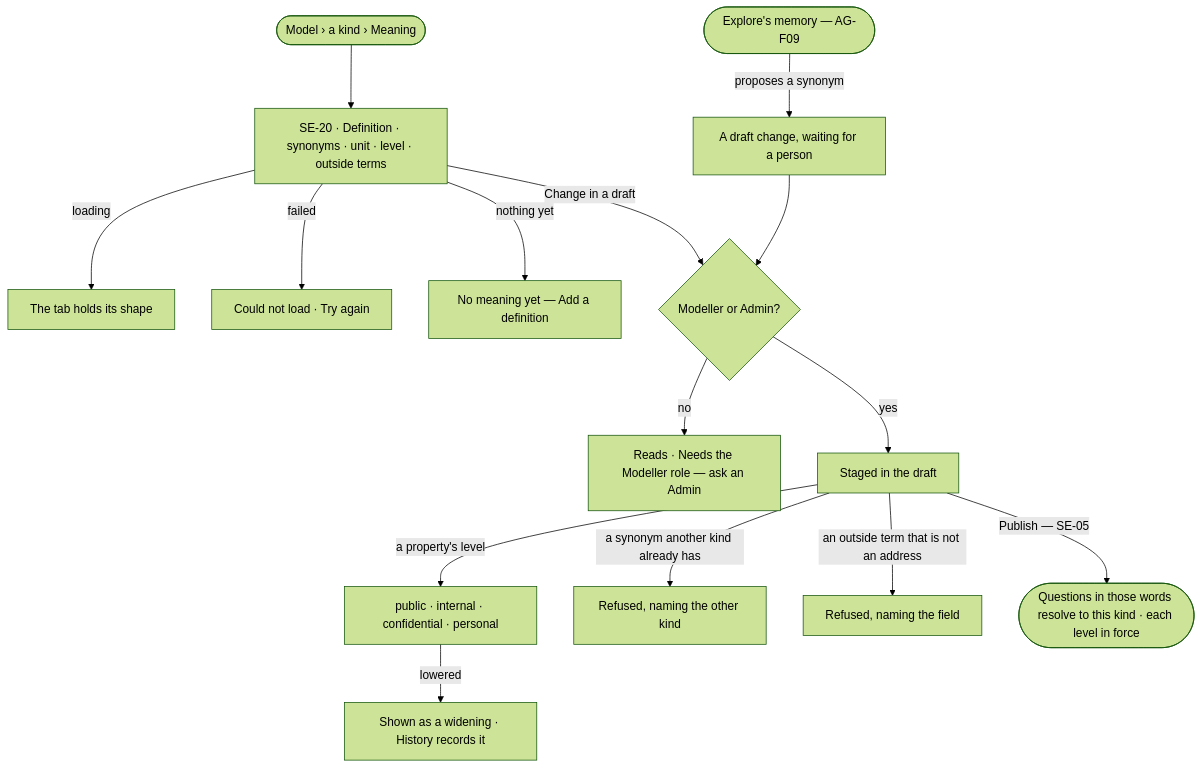
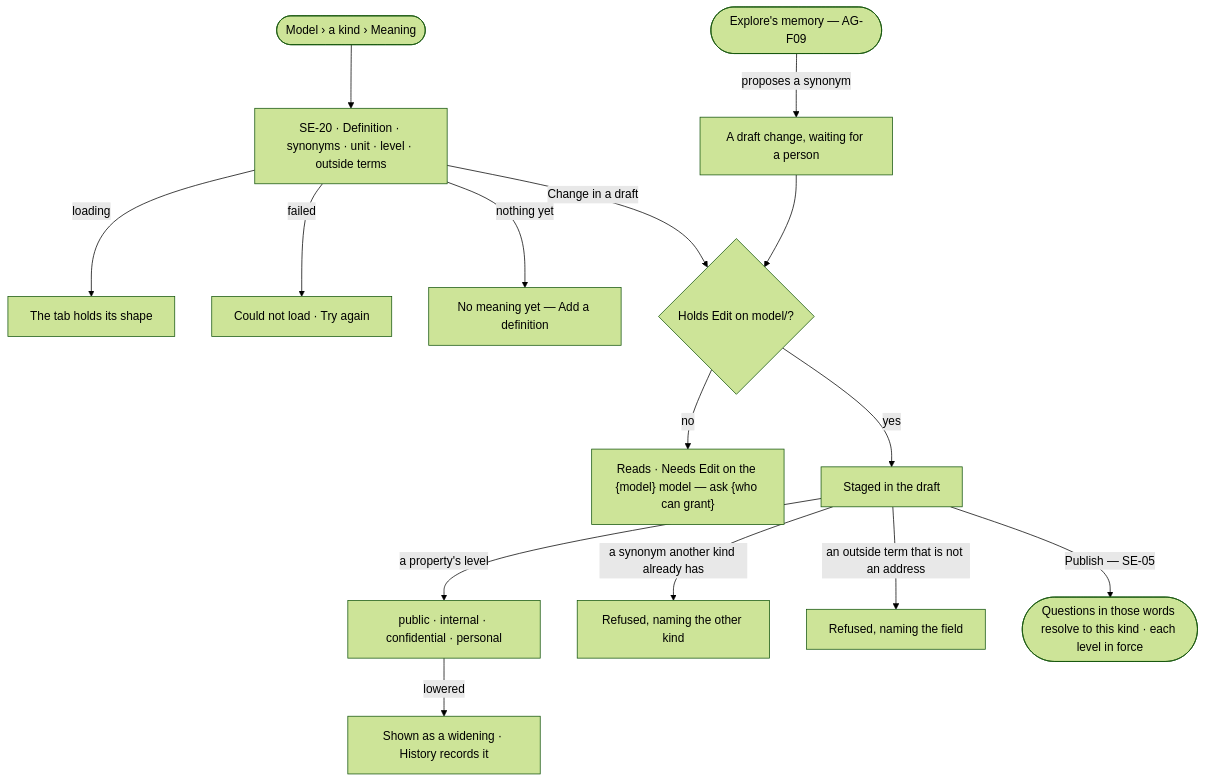
The diagram in specs/capabilities/semantics/features/SE-F03-meaning/feature.md (invana/invana), drawn with Mermaid (forest theme) before and after one commit. The commit also changed other lines of this file and 456 other files, not shown here.

````diff
--- a/specs/capabilities/semantics/features/SE-F03-meaning/feature.md
+++ b/specs/capabilities/semantics/features/SE-F03-meaning/feature.md
@@ -24,16 +24,16 @@
 ```mermaid
 flowchart TD
   start([Model › a kind › Meaning]) --> m["SE-20 · Definition · synonyms · unit · level · outside terms"]
   m -->|loading| ld["The tab holds its shape"]
   m -->|failed| fl["Could not load · Try again"]
   m -->|nothing yet| e["No meaning yet — Add a definition"]
-  m -->|Change in a draft| may{Modeller or Admin?}
-  may -->|no| na["Reads · Needs the Modeller role — ask an Admin"]
+  m -->|Change in a draft| may{"Holds Edit on model/<model>?"}
+  may -->|no| na["Reads · Needs Edit on the {model} model — ask {who can grant}"]
   may -->|yes| d["Staged in the draft"]
   d -->|a property's level| lv["public · internal · confidential · personal"]
   lv -->|lowered| wd["Shown as a widening · History records it"]
   d -->|a synonym another kind already has| dup["Refused, naming the other kind"]
   d -->|an outside term that is not an address| bad["Refused, naming the field"]
   d -->|Publish — SE-05| pub(["Questions in those words resolve to this kind · each level in force"])
   mem([Explore's memory — AG-F09]) -->|proposes a synonym| prop["A draft change, waiting for a person"] --> may
 ```
````
